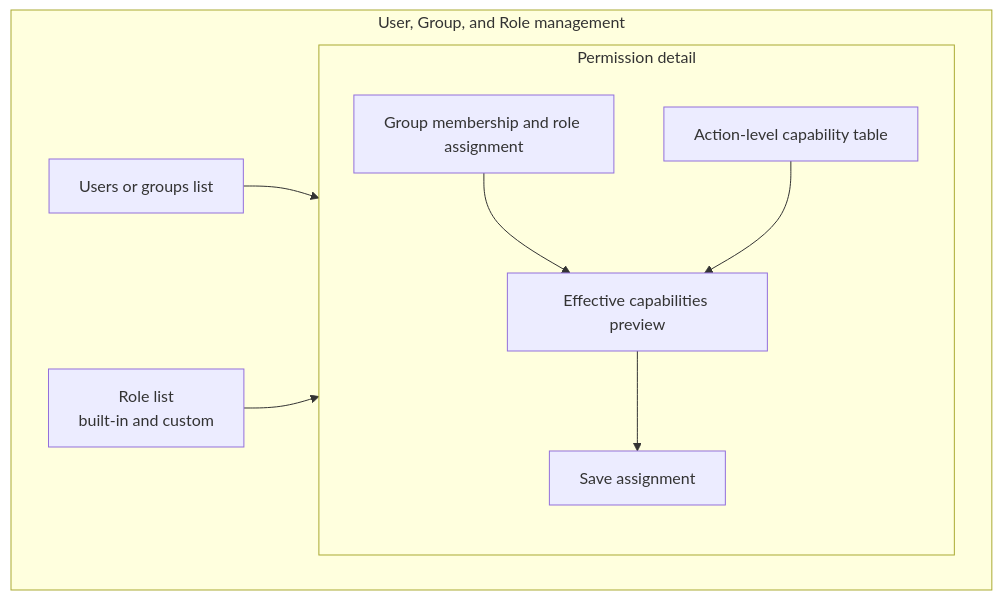
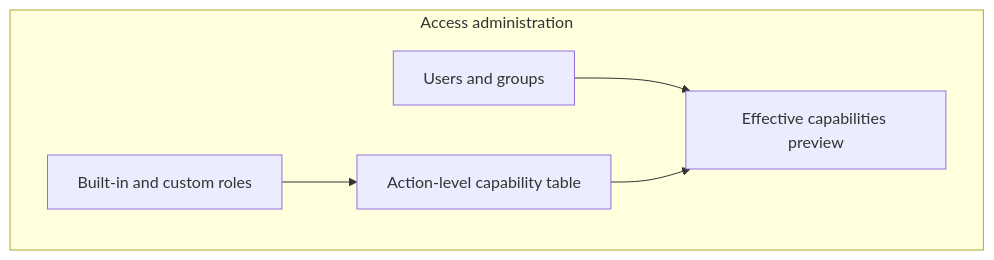
One commit to ATreep/DocSeek changed diagram 17 of 19 in docs/superpowers/specs/2026-08-15-docseek-detailed-prd.md. Above: the diagram before and after it, drawn with Mermaid. The commit also changed other lines of this file and 1 other file, not shown here.

Commit message:
docs: revise DocSeek for Neo4j GraphRAG architecture

````diff
--- a/docs/superpowers/specs/2026-08-15-docseek-detailed-prd.md
+++ b/docs/superpowers/specs/2026-08-15-docseek-detailed-prd.md
@@ -279,19 +519,12 @@
 ```mermaid
 flowchart LR
-  subgraph ACCESS_ADMIN["User, Group, and Role management"]
+  subgraph ACCESS["Access administration"]
     direction LR
-    SUBJECT_LIST["Users or groups list"]
-    ROLE_LIST["Role list<br/>built-in and custom"]
-    subgraph PERMISSION_MAIN["Permission detail"]
-      direction TB
-      MEMBERSHIP["Group membership and role assignment"]
-      CAPABILITY_TABLE["Action-level capability table"]
-      EFFECTIVE_VIEW["Effective capabilities preview"]
-      ADMIN_SAVE["Save assignment"]
-    end
+    USERS["Users and groups"]
+    ROLES["Built-in and custom roles"]
+    CAPABILITIES["Action-level capability table"]
+    EFFECTIVE["Effective capabilities preview"]
   end
-  SUBJECT_LIST --> MEMBERSHIP
-  ROLE_LIST --> CAPABILITY_TABLE
-  MEMBERSHIP --> EFFECTIVE_VIEW
-  CAPABILITY_TABLE --> EFFECTIVE_VIEW --> ADMIN_SAVE
+  USERS --> EFFECTIVE
+  ROLES --> CAPABILITIES --> EFFECTIVE
 ```
````
